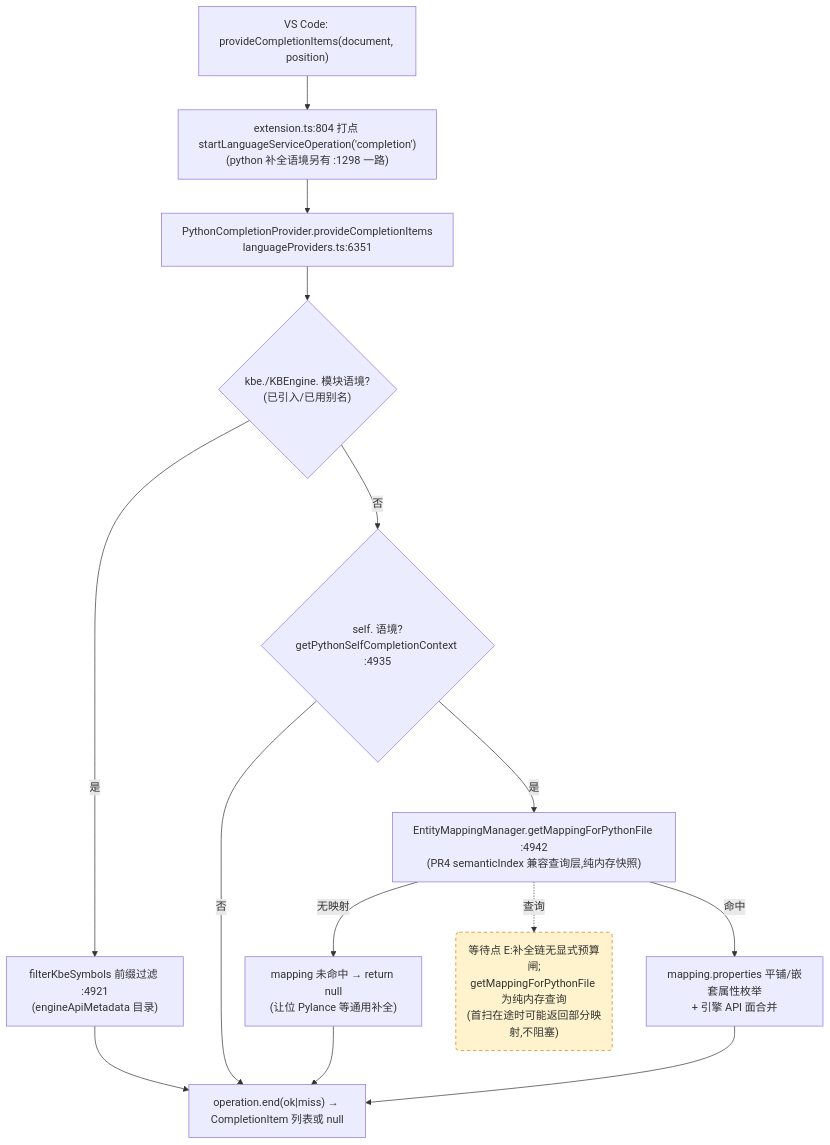
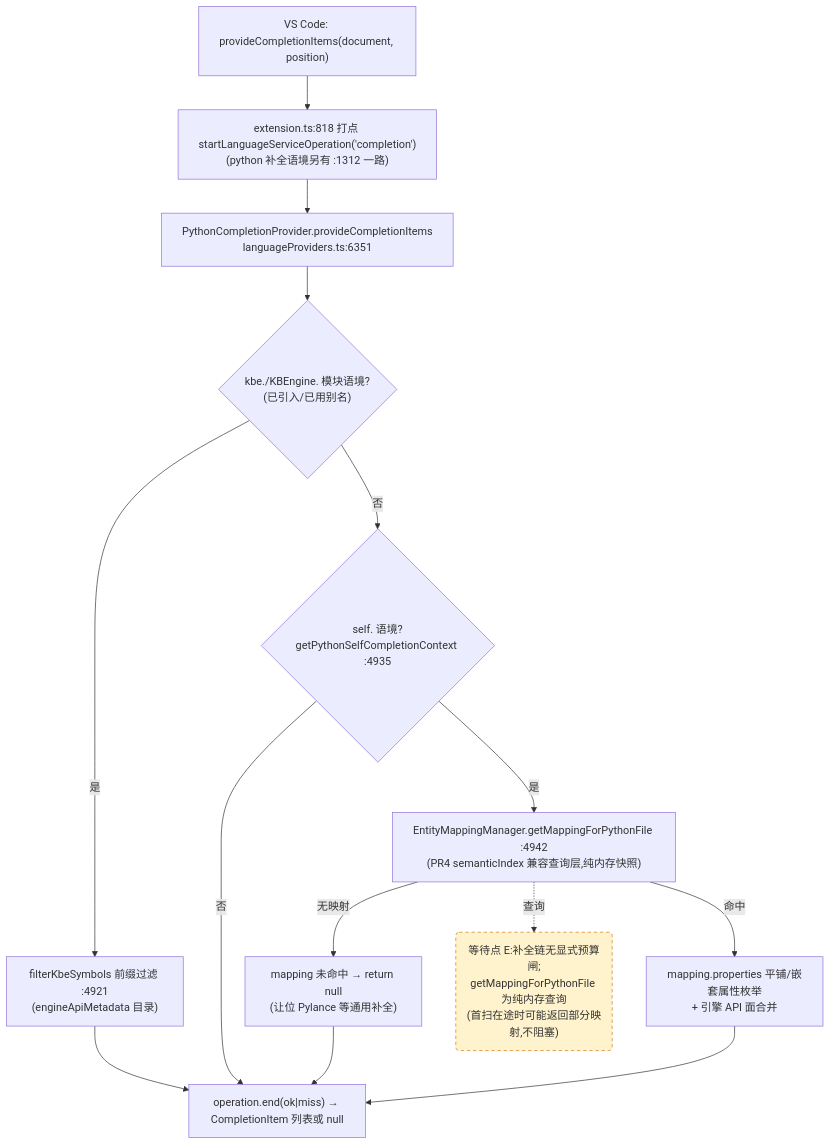
Before and after one commit to cuihairu/kode: the third of 4 diagrams in docs/perf/2026-baseline.md, drawn with Mermaid. The commit also changed other lines of this file and 3 other files, not shown here.

````diff
--- a/docs/perf/2026-baseline.md
+++ b/docs/perf/2026-baseline.md
@@ -184,27 +184,27 @@
 ```mermaid
 flowchart TD
   VC3["VS Code: provideCompletionItems(document, position)"]
-  M3["extension.ts:804 打点 startLanguageServiceOperation('completion')<br/>(python 补全语境另有 :1298 一路)"]
+  M3["extension.ts:818 打点 startLanguageServiceOperation('completion')<br/>(python 补全语境另有 :1312 一路)"]
   CP["PythonCompletionProvider.provideCompletionItems<br/>languageProviders.ts:6351"]
   KBEC{"kbe./KBEngine. 模块语境?<br/>(已引入/已用别名)"}
   FILTER["filterKbeSymbols 前缀过滤 :4921<br/>(engineApiMetadata 目录)"]
   SELFC{"self. 语境?<br/>getPythonSelfCompletionContext :4935"}
   MAP["EntityMappingManager.getMappingForPythonFile :4942<br/>(PR4 semanticIndex 兼容查询层,纯内存快照)"]
   NOMAP["mapping 未命中 → return null<br/>(让位 Pylance 等通用补全)"]
   PROPS["mapping.properties 平铺/嵌套属性枚举<br/>+ 引擎 API 面合并"]
   END3["operation.end(ok|miss) → CompletionItem 列表或 null"]
 
   VC3 --> M3 --> CP --> KBEC
   KBEC -- "是" --> FILTER --> END3
   KBEC -- "否" --> SELFC
   SELFC -- "否" --> END3
   SELFC -- "是" --> MAP
   MAP -- "无映射" --> NOMAP --> END3
   MAP -- "命中" --> PROPS --> END3
 
   WAITE("等待点 E:补全链无显式预算闸;<br/>getMappingForPythonFile 为纯内存查询<br/>(首扫在途时可能返回部分映射,不阻塞)")
   MAP -.->|查询| WAITE
 
   classDef waitPoint fill:#fff3cd,stroke:#d97706,stroke-dasharray:5 4;
   class WAITE waitPoint;
 ```
````
